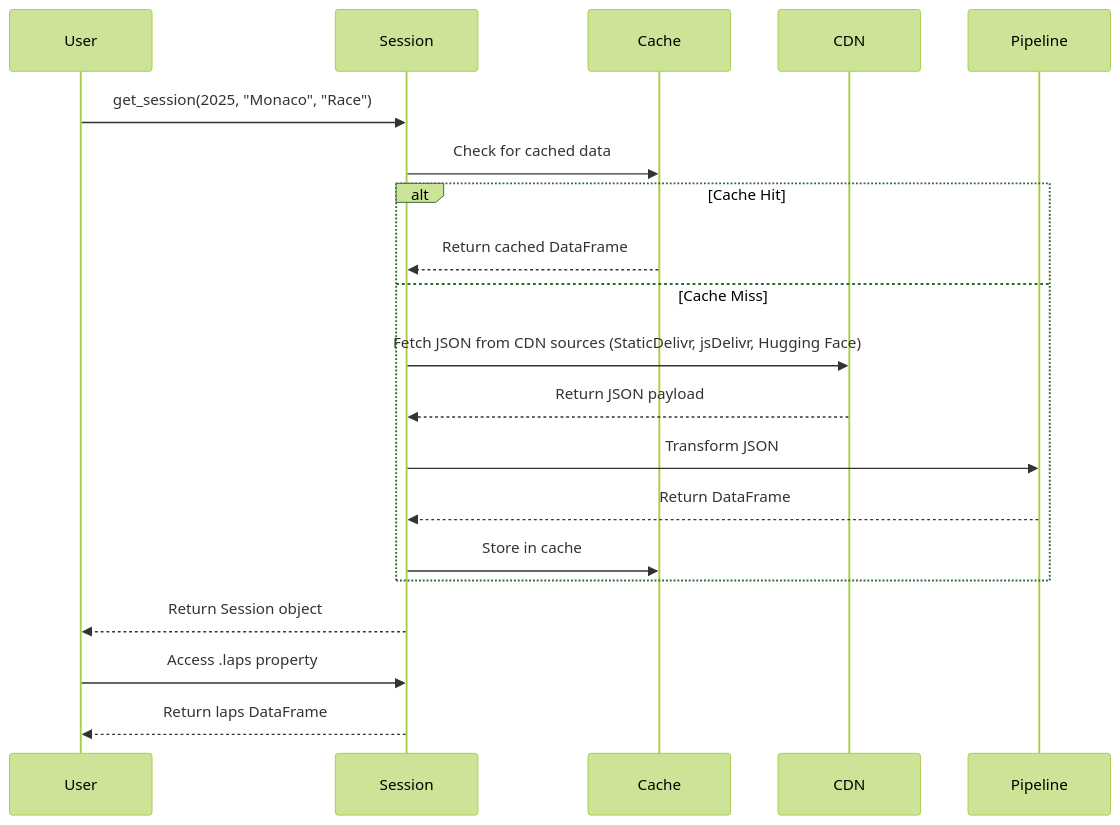
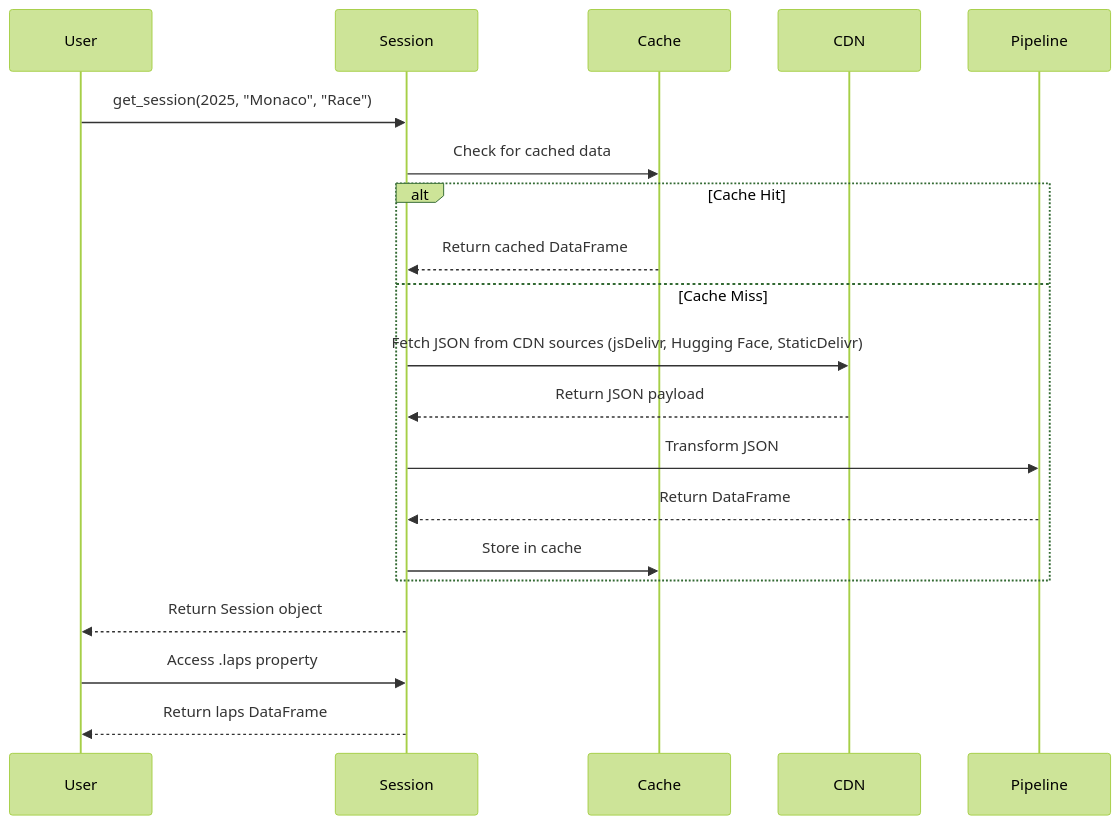
The second of 2 diagrams in docs/architecture.mdx (TracingInsights/tif1), drawn with Mermaid (forest theme) before and after one commit. The commit also changed other lines of this file and 25 other files, not shown here.

Commit message:
Make jsDelivr primary CDN, fall through to next CDN on 404

````diff
--- a/docs/architecture.mdx
+++ b/docs/architecture.mdx
@@ -49,23 +49,23 @@
 ```mermaid
 sequenceDiagram
     participant User
     participant Session
     participant Cache
     participant CDN
     participant Pipeline
 
     User->>Session: get_session(2025, "Monaco", "Race")
     Session->>Cache: Check for cached data
     alt Cache Hit
         Cache-->>Session: Return cached DataFrame
     else Cache Miss
-        Session->>CDN: Fetch JSON from CDN sources (StaticDelivr, jsDelivr, Hugging Face)
+        Session->>CDN: Fetch JSON from CDN sources (jsDelivr, Hugging Face, StaticDelivr)
         CDN-->>Session: Return JSON payload
         Session->>Pipeline: Transform JSON
         Pipeline-->>Session: Return DataFrame
         Session->>Cache: Store in cache
     end
     Session-->>User: Return Session object
     User->>Session: Access .laps property
     Session-->>User: Return laps DataFrame
 ```
````
